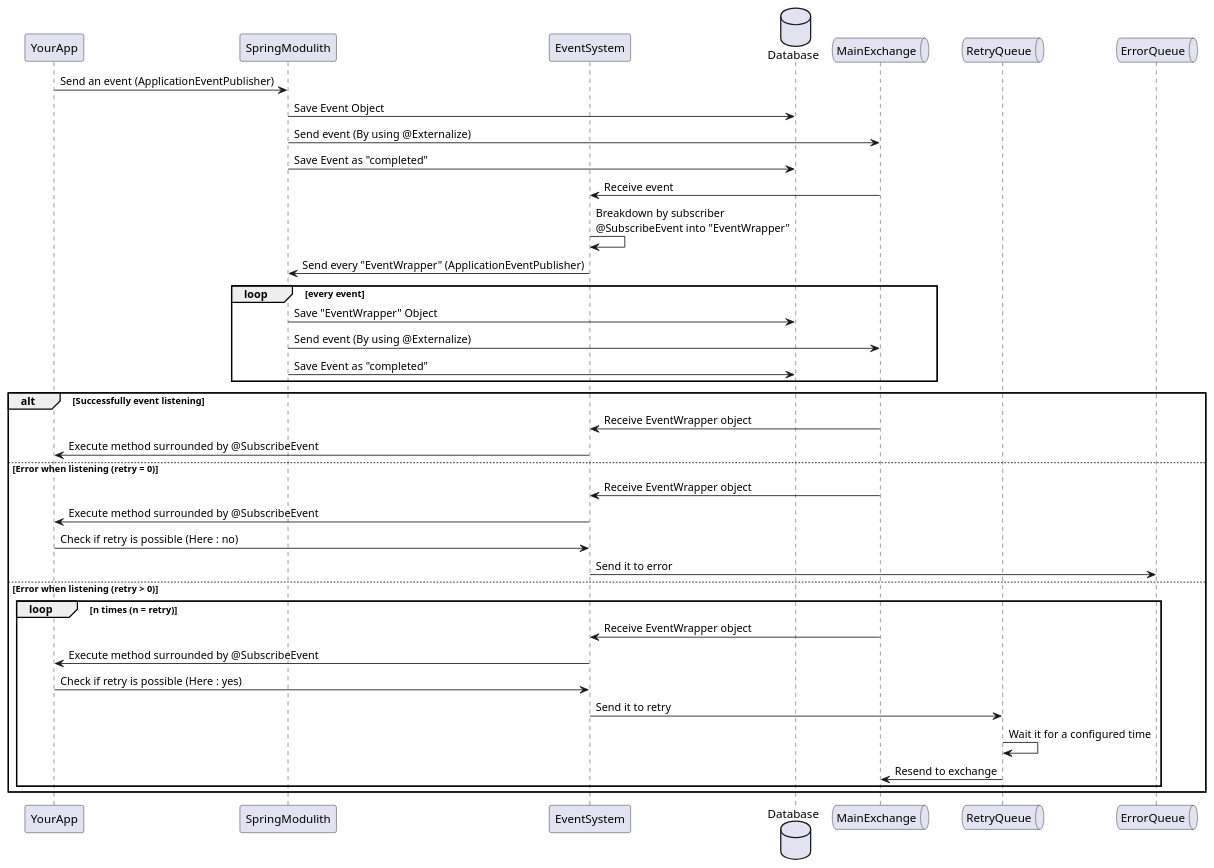
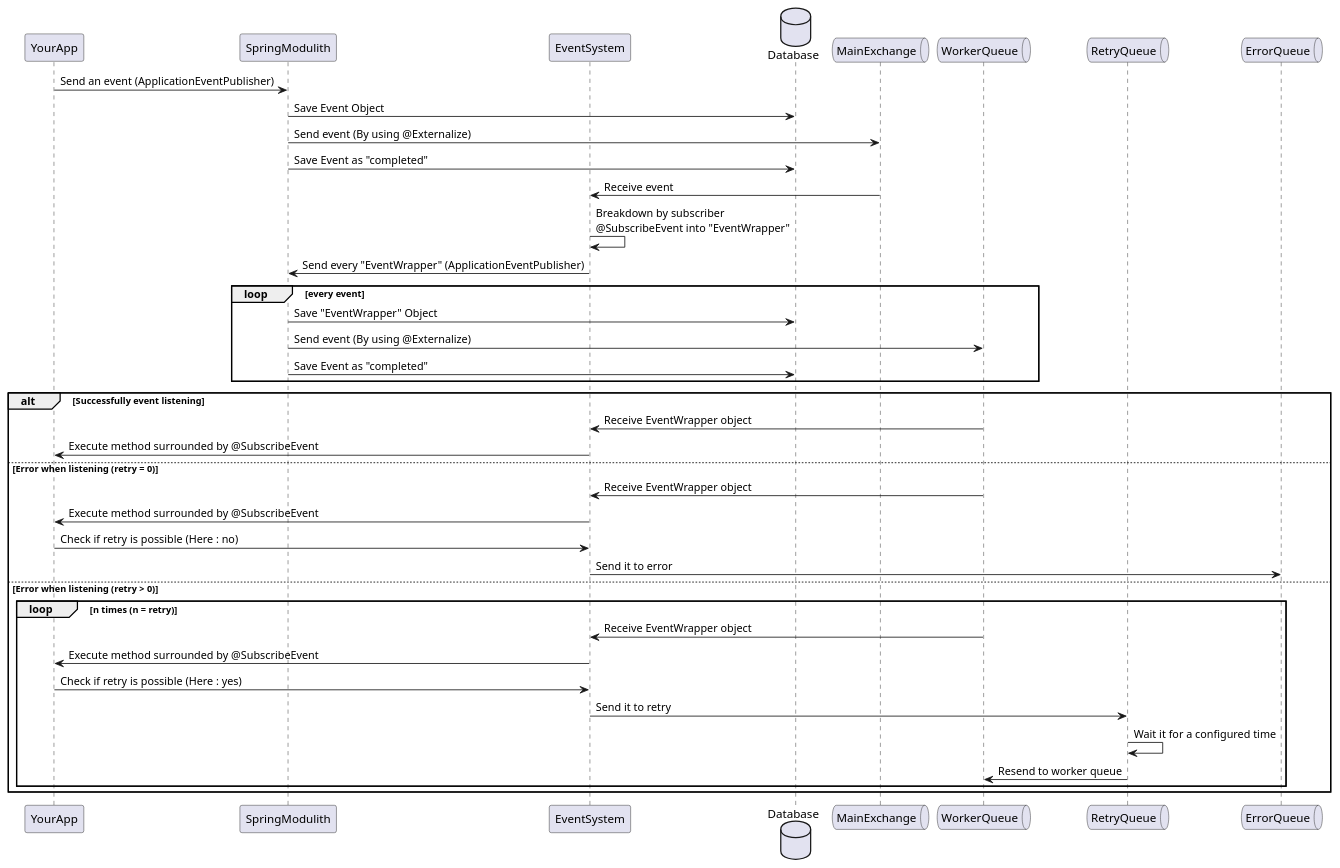
The diagram in resources/workflow.puml (Fezlight/spring-boot-starter-event-system), drawn with PlantUML before and after one commit. The commit also changed 9 other files, not shown here.

Commit message:
feature: Add new worker queue to process event

```diff
--- a/resources/workflow.puml
+++ b/resources/workflow.puml
@@ -1,42 +1,43 @@
 @startuml
 
 participant YourApp as application
 participant SpringModulith as springModulith
 participant EventSystem as library
 database    Database    as database
 queue       MainExchange     as mainExchange
+queue       WorkerQueue      as workerQueue
 queue       RetryQueue       as retryQueue
 queue       ErrorQueue       as errorQueue
 
 application -> springModulith : Send an event (ApplicationEventPublisher)
 springModulith -> database : Save Event Object
 springModulith -> mainExchange : Send event (By using @Externalize)
 springModulith -> database : Save Event as "completed"
 mainExchange -> library : Receive event
 library -> library : Breakdown by subscriber \n@SubscribeEvent into "EventWrapper"
 library -> springModulith : Send every "EventWrapper" (ApplicationEventPublisher)
 loop every event
 springModulith -> database : Save "EventWrapper" Object
-springModulith -> mainExchange : Send event (By using @Externalize)
+springModulith -> workerQueue : Send event (By using @Externalize)
 springModulith -> database : Save Event as "completed"
 end
 alt Successfully event listening
-mainExchange -> library : Receive EventWrapper object
+workerQueue -> library : Receive EventWrapper object
 library -> application : Execute method surrounded by @SubscribeEvent
 else Error when listening (retry = 0)
-mainExchange -> library : Receive EventWrapper object
+workerQueue -> library : Receive EventWrapper object
 library -> application : Execute method surrounded by @SubscribeEvent
 application -> library : Check if retry is possible (Here : no)
 library -> errorQueue : Send it to error
 else Error when listening (retry > 0)
     loop n times (n = retry)
-    mainExchange -> library : Receive EventWrapper object
+    workerQueue -> library : Receive EventWrapper object
     library -> application : Execute method surrounded by @SubscribeEvent
     application -> library : Check if retry is possible (Here : yes)
     library -> retryQueue : Send it to retry
     retryQueue -> retryQueue : Wait it for a configured time
-    retryQueue -> mainExchange : Resend to exchange
+    retryQueue -> workerQueue : Resend to worker queue
     end
 end
 
 @enduml
```
